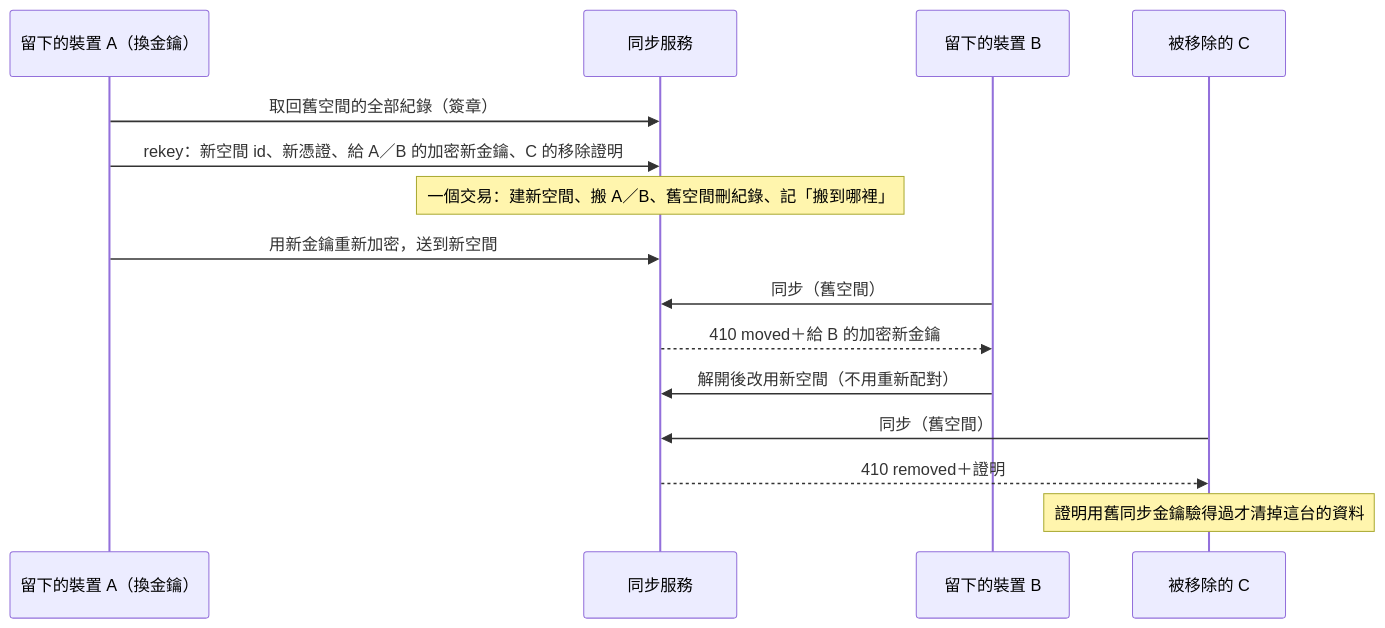
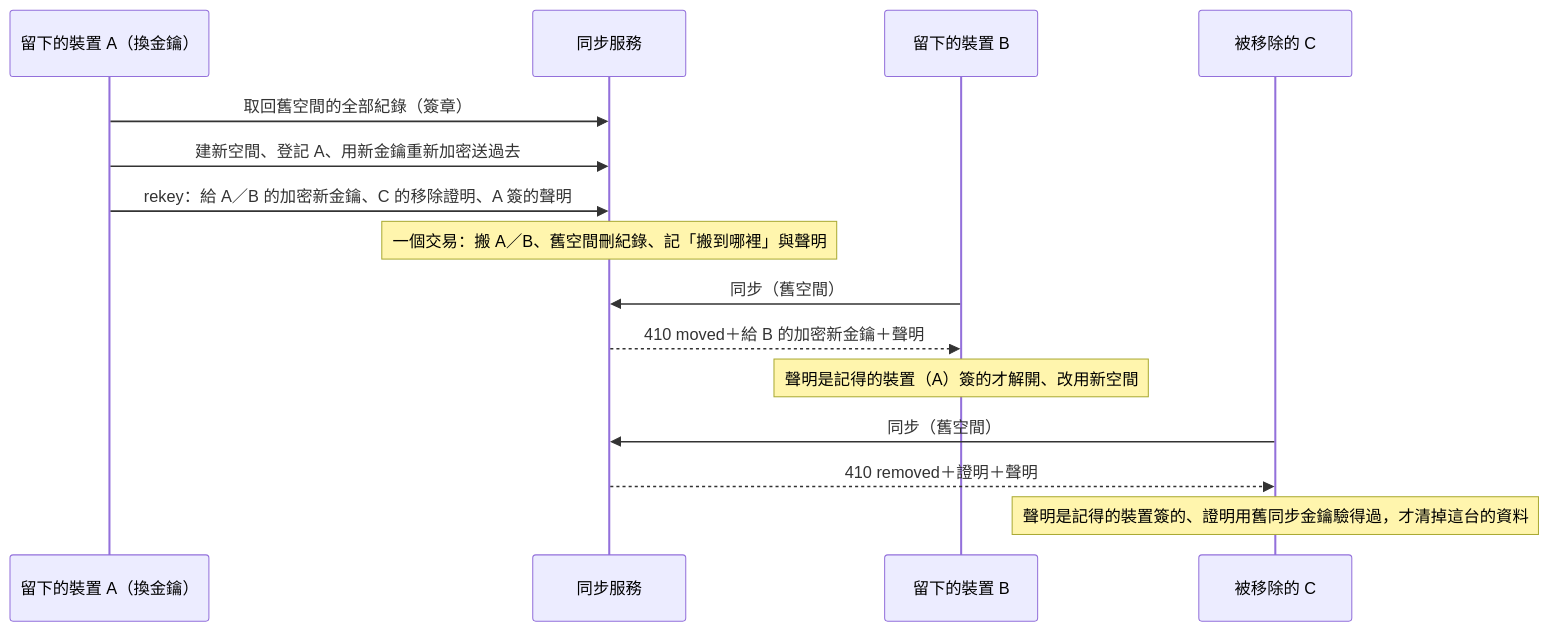
One commit to williampcs/RunningCoach changed the fifth of 5 diagrams in doc/architecture.md. Above: the diagram before and after it, drawn with Mermaid. The commit also changed other lines of this file and 12 other files, not shown here.

````diff
--- a/doc/architecture.md
+++ b/doc/architecture.md
@@ -235,17 +235,17 @@
 ```mermaid
 sequenceDiagram
     participant A as 留下的裝置 A（換金鑰）
     participant S as 同步服務
     participant B as 留下的裝置 B
     participant C as 被移除的 C
     A->>S: 取回舊空間的全部紀錄（簽章）
-    A->>S: rekey：新空間 id、新憑證、給 A／B 的加密新金鑰、C 的移除證明
-    Note over S: 一個交易：建新空間、搬 A／B、舊空間刪紀錄、記「搬到哪裡」
-    A->>S: 用新金鑰重新加密，送到新空間
+    A->>S: 建新空間、登記 A、用新金鑰重新加密送過去
+    A->>S: rekey：給 A／B 的加密新金鑰、C 的移除證明、A 簽的聲明
+    Note over S: 一個交易：搬 A／B、舊空間刪紀錄、記「搬到哪裡」與聲明
     B->>S: 同步（舊空間）
-    S-->>B: 410 moved＋給 B 的加密新金鑰
-    B->>S: 解開後改用新空間（不用重新配對）
+    S-->>B: 410 moved＋給 B 的加密新金鑰＋聲明
+    Note over B: 聲明是記得的裝置（A）簽的才解開、改用新空間
     C->>S: 同步（舊空間）
-    S-->>C: 410 removed＋證明
-    Note over C: 證明用舊同步金鑰驗得過才清掉這台的資料
+    S-->>C: 410 removed＋證明＋聲明
+    Note over C: 聲明是記得的裝置簽的、證明用舊同步金鑰驗得過，才清掉這台的資料
 ```
````
